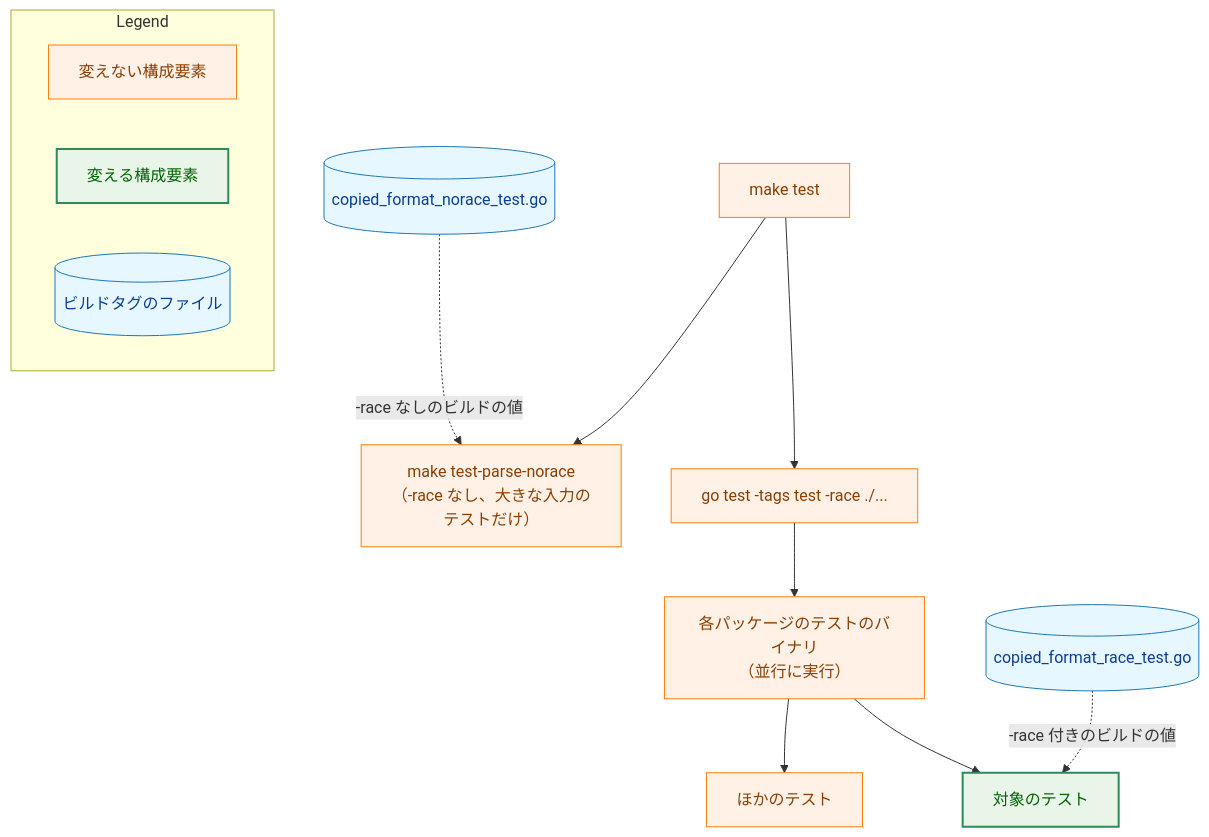
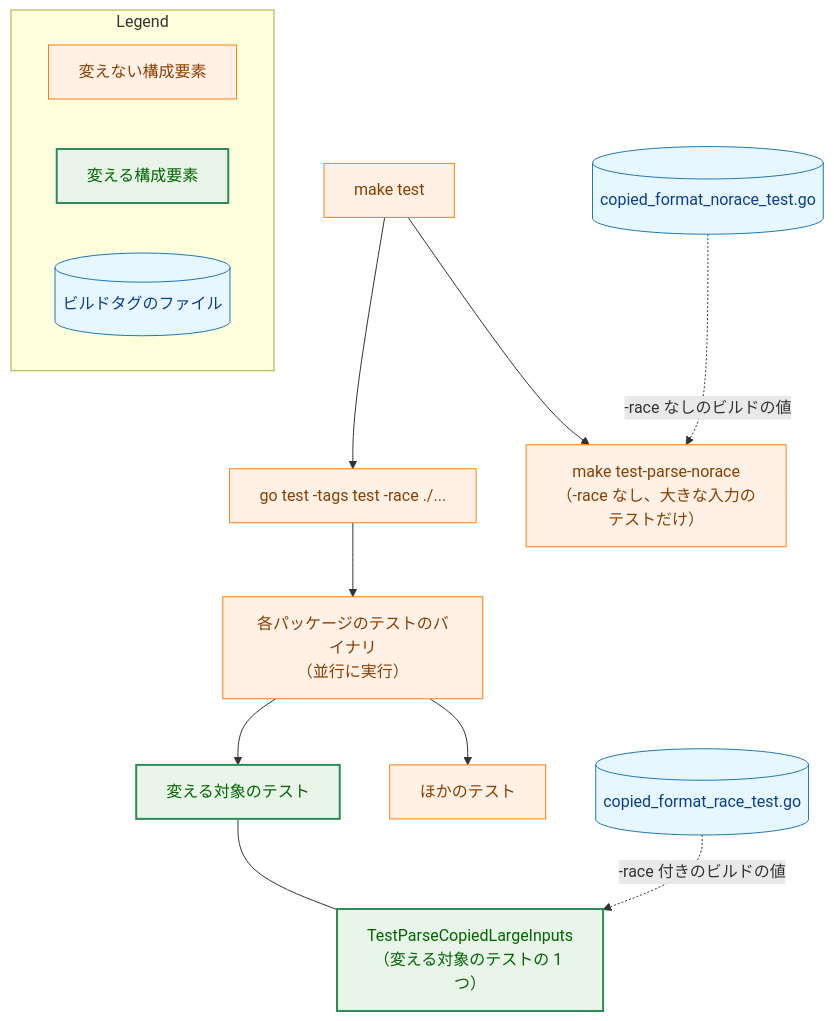
Before and after one commit to isseis/yt2column: the second of 5 diagrams in docs/tasks/0129_race_test_speedup/02_architecture.md, drawn with Mermaid. The commit also changed other lines of this file and 1 other file, not shown here.

First line of the commit message:
docs(0129): address the architecture review and improve its prose

````diff
--- a/docs/tasks/0129_race_test_speedup/02_architecture.md
+++ b/docs/tasks/0129_race_test_speedup/02_architecture.md
@@ -113,36 +115,38 @@
 ```mermaid
 flowchart TD
     classDef data fill:#e6f7ff,stroke:#1f77b4,stroke-width:1px,color:#0b3d91;
     classDef process fill:#fff1e6,stroke:#ff7f0e,stroke-width:1px,color:#8a3e00;
     classDef enhanced fill:#e8f5e8,stroke:#2e8b57,stroke-width:2px,color:#006400;
 
     MT["make test"]
     RACE["go test -tags test -race ./..."]
     NORACE["make test-parse-norace<br>（-race なし、大きな入力のテストだけ）"]
     PKG["各パッケージのテストのバイナリ<br>（並行に実行）"]
-    TGT["対象のテスト"]
+    TGT["変える対象のテスト"]
+    LIN["TestParseCopiedLargeInputs<br>（変える対象のテストの 1 つ）"]
     OTHER["ほかのテスト"]
     RF[("copied_format_race_test.go")]
     NF[("copied_format_norace_test.go")]
 
     MT --> RACE
     MT --> NORACE
     RACE --> PKG
     PKG --> TGT
     PKG --> OTHER
-    RF -.->|"-race 付きのビルドの値"| TGT
+    TGT --- LIN
+    RF -.->|"-race 付きのビルドの値"| LIN
     NF -.->|"-race なしのビルドの値"| NORACE
 
     class MT,RACE,NORACE,PKG,OTHER process
-    class TGT enhanced
+    class TGT,LIN enhanced
     class RF,NF data
 
     subgraph Legend["Legend"]
         L1["変えない構成要素"]
         L2["変える構成要素"]
         L3[("ビルドタグのファイル")]
     end
     class L1 process
     class L2 enhanced
     class L3 data
 ```
````
